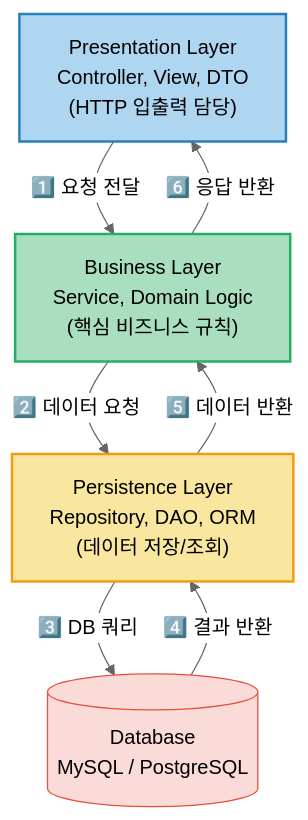
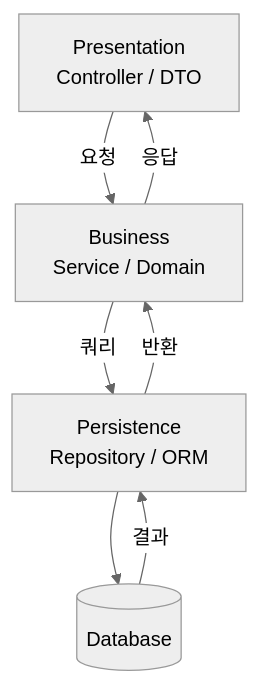
One commit to yjkim2015/yjkim2015.github.io changed the first of 3 diagrams in _posts/architecture/2026-05-01-layered.md. Above: the diagram before and after it, drawn with Mermaid (neutral theme). The commit also changed other lines of this file and 215 other files, not shown here.

First line of the commit message:
신규 포스트 10개 추가 + Mermaid 전면 축소 + SystemDesign 시리즈 보강

````diff
--- a/_posts/architecture/2026-05-01-layered.md
+++ b/_posts/architecture/2026-05-01-layered.md
@@ -46,24 +46,13 @@
 ```mermaid
 graph TD
-    P["Presentation Layer\nController, View, DTO\n(HTTP 입출력 담당)"]
-    B["Business Layer\nService, Domain Logic\n(핵심 비즈니스 규칙)"]
-    Per["Persistence Layer\nRepository, DAO, ORM\n(데이터 저장/조회)"]
-    DB[("Database\nMySQL / PostgreSQL")]
-
-    P -->|"1️⃣ 요청 전달"| B
-    B -->|"2️⃣ 데이터 요청"| Per
-    Per -->|"3️⃣ DB 쿼리"| DB
-    DB -->|"4️⃣ 결과 반환"| Per
-    Per -->|"5️⃣ 데이터 반환"| B
-    B -->|"6️⃣ 응답 반환"| P
-
-    classDef presentation fill:#AED6F1,stroke:#2980B9,stroke-width:2px
-    classDef business fill:#A9DFBF,stroke:#27AE60,stroke-width:2px
-    classDef persistence fill:#F9E79F,stroke:#F39C12,stroke-width:2px
-    classDef db fill:#FADBD8,stroke:#E74C3C
-
-    class P presentation
-    class B business
-    class Per persistence
-    class DB db
+    P["Presentation\nController / DTO"]
+    B["Business\nService / Domain"]
+    Per["Persistence\nRepository / ORM"]
+    DB[("Database")]
+    P -->|"요청"| B
+    B -->|"쿼리"| Per
+    Per --> DB
+    DB -->|"결과"| Per
+    Per -->|"반환"| B
+    B -->|"응답"| P
 ```
````
